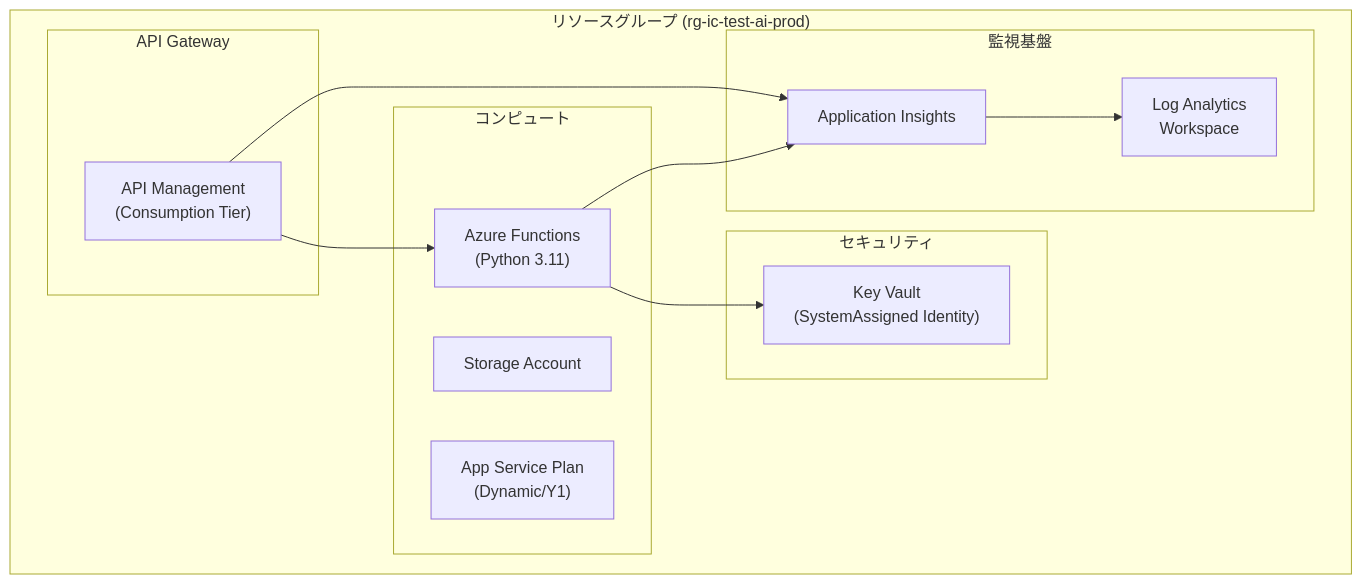
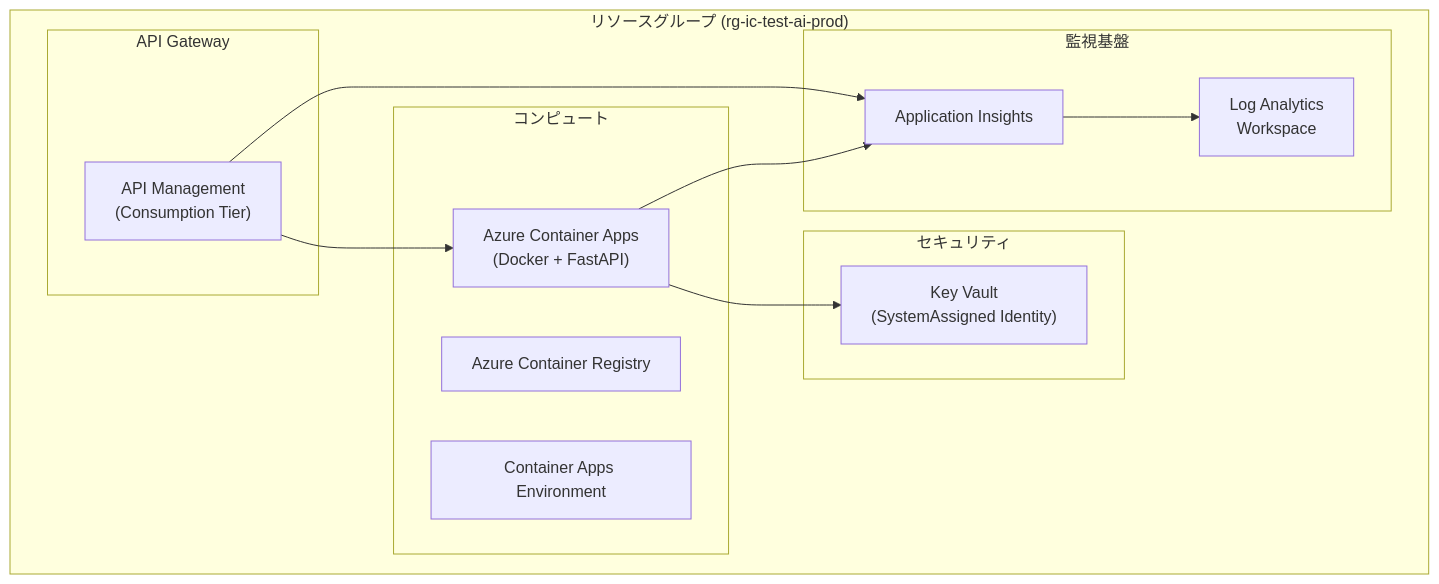
One commit to GEJFY/ic-test-ai-agent changed the sixth of 6 diagrams in docs/architecture/SYSTEM_ARCHITECTURE.md. Above: the diagram before and after it, drawn with Mermaid. The commit also changed other lines of this file and 102 other files, not shown here.

````diff
--- a/docs/architecture/SYSTEM_ARCHITECTURE.md
+++ b/docs/architecture/SYSTEM_ARCHITECTURE.md
@@ -530,29 +532,29 @@
 ```mermaid
 flowchart TB
     subgraph RG["リソースグループ (rg-ic-test-ai-prod)"]
         subgraph Monitor["監視基盤"]
             LA["Log Analytics<br/>Workspace"]
             AI["Application Insights"]
         end
 
         subgraph Compute["コンピュート"]
-            SA["Storage Account"]
-            ASP["App Service Plan<br/>(Dynamic/Y1)"]
-            FA["Azure Functions<br/>(Python 3.11)"]
+            ACR["Azure Container Registry"]
+            CAE["Container Apps Environment"]
+            CA["Azure Container Apps<br/>(Docker + FastAPI)"]
         end
 
         subgraph Security["セキュリティ"]
             KV["Key Vault<br/>(SystemAssigned Identity)"]
         end
 
         subgraph Gateway["API Gateway"]
             APIM["API Management<br/>(Consumption Tier)"]
         end
 
         AI --> LA
-        FA --> AI
-        FA --> KV
-        APIM --> FA
+        CA --> AI
+        CA --> KV
+        APIM --> CA
         APIM --> AI
     end
 ```
````
